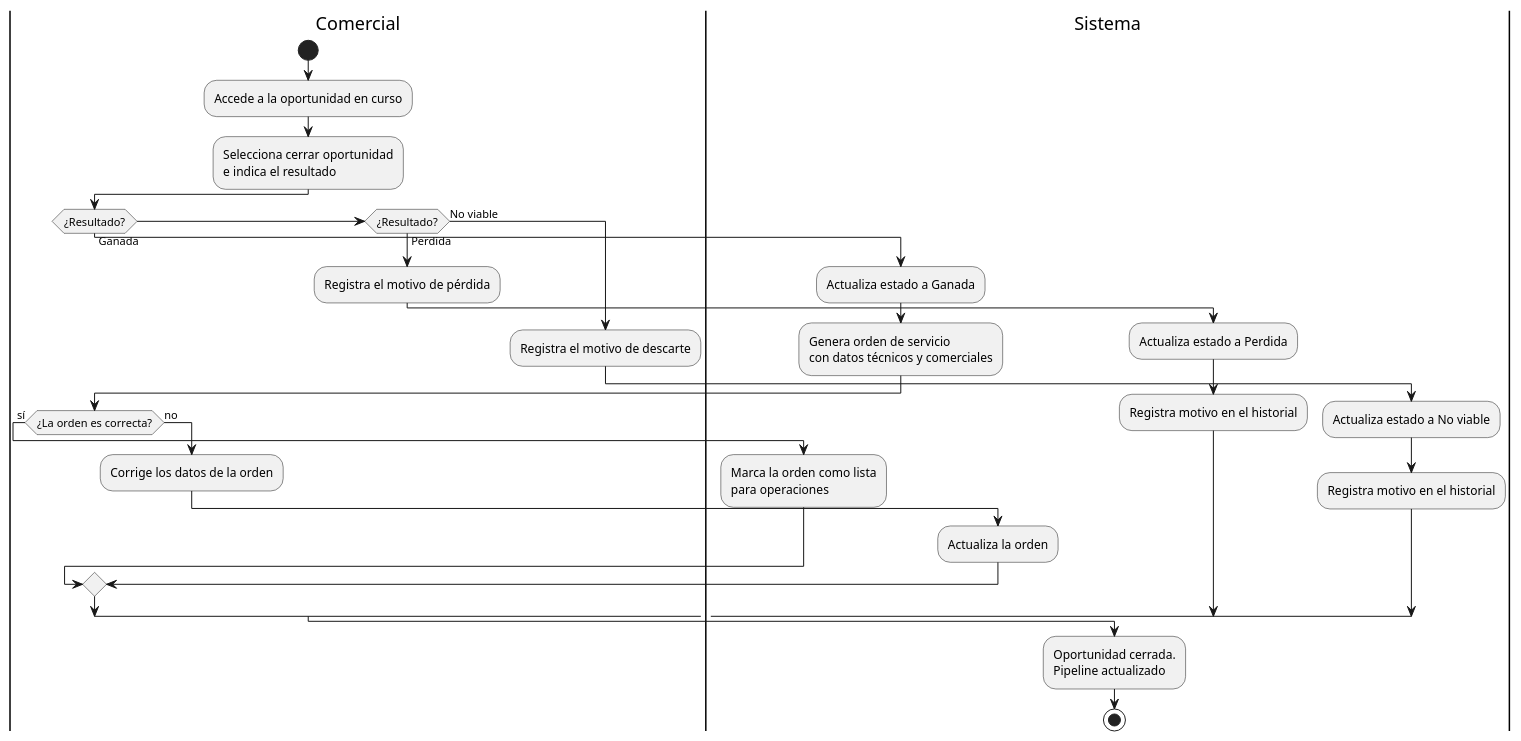
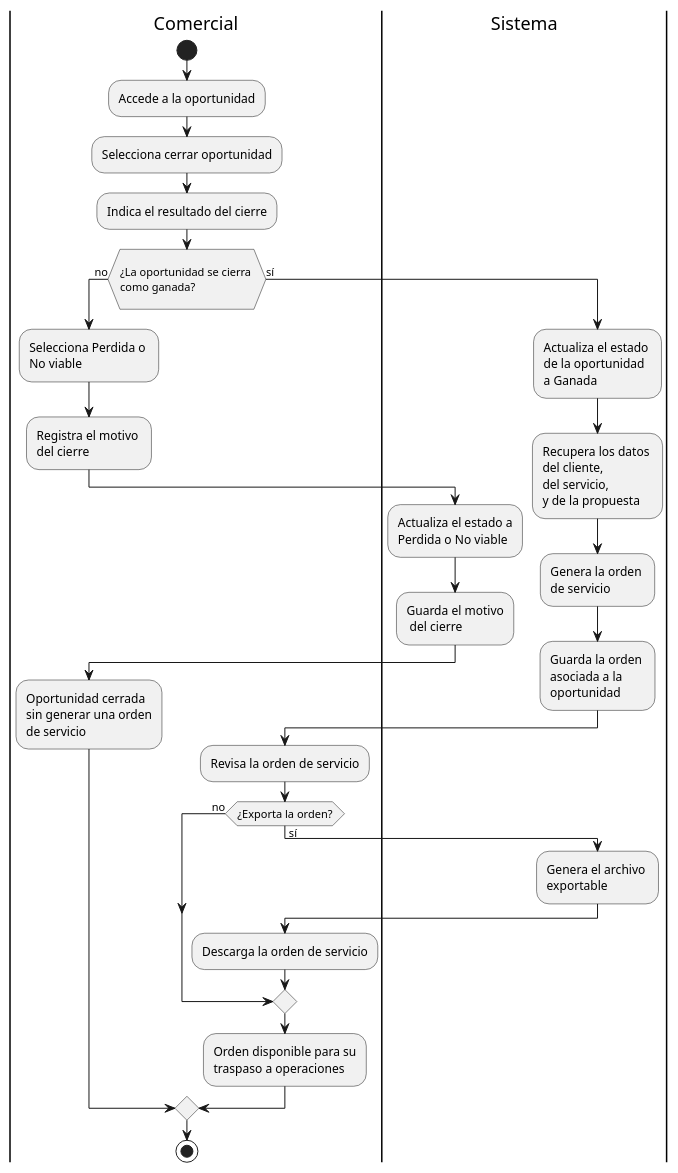
The diagram in docs/diagramas/casos_de_uso/cu09-cerrar-oportunidad.puml (BrendaLopes/TFG-CRM-BROOKS), drawn with PlantUML before and after one commit. The commit also changed 10 other files, not shown here.

```diff
--- a/docs/diagramas/casos_de_uso/cu09-cerrar-oportunidad.puml
+++ b/docs/diagramas/casos_de_uso/cu09-cerrar-oportunidad.puml
@@ -1,39 +1,48 @@
 @startuml
 skinparam shadowing false
 
 |Comercial|
 start
-:Accede a la oportunidad en curso;
-:Selecciona cerrar oportunidad\ne indica el resultado;
+:Accede a la oportunidad;
+:Selecciona cerrar oportunidad;
+:Indica el resultado del cierre;
 
-if (¿Resultado?) then (Ganada)
+if (\n¿La oportunidad se cierra \ncomo ganada?\n) then (no)
+
+  |Comercial|
+  :Selecciona Perdida o \nNo viable;
+  :Registra el motivo \ndel cierre;
+
   |Sistema|
-  :Actualiza estado a Ganada;
-  :Genera orden de servicio\ncon datos técnicos y comerciales;
+  :Actualiza el estado a\nPerdida o No viable;
+  :Guarda el motivo\n del cierre;
+
   |Comercial|
-  if (¿La orden es correcta?) then (sí)
+  :Oportunidad cerrada\nsin generar una orden\nde servicio;
+
+else (sí)
+
+  |Sistema|
+  :Actualiza el estado \nde la oportunidad \na Ganada;
+  :Recupera los datos \ndel cliente,\ndel servicio, \ny de la propuesta;
+  :Genera la orden \nde servicio;
+  :Guarda la orden \nasociada a la \noportunidad;
+
+  |Comercial|
+  :Revisa la orden de servicio;
+
+  if (¿Exporta la orden?) then (sí)
     |Sistema|
-    :Marca la orden como lista\npara operaciones;
+    :Genera el archivo \nexportable;
+    |Comercial|
+    :Descarga la orden de servicio;
   else (no)
-    |Comercial|
-    :Corrige los datos de la orden;
-    |Sistema|
-    :Actualiza la orden;
   endif
-elseif (¿Resultado?) then (Perdida)
-  |Comercial|
-  :Registra el motivo de pérdida;
-  |Sistema|
-  :Actualiza estado a Perdida;
-  :Registra motivo en el historial;
-else (No viable)
-  |Comercial|
-  :Registra el motivo de descarte;
-  |Sistema|
-  :Actualiza estado a No viable;
-  :Registra motivo en el historial;
+
+  :Orden disponible para su\ntraspaso a operaciones;
+
+
 endif
 
-:Oportunidad cerrada.\nPipeline actualizado;
 stop
 @enduml
```
